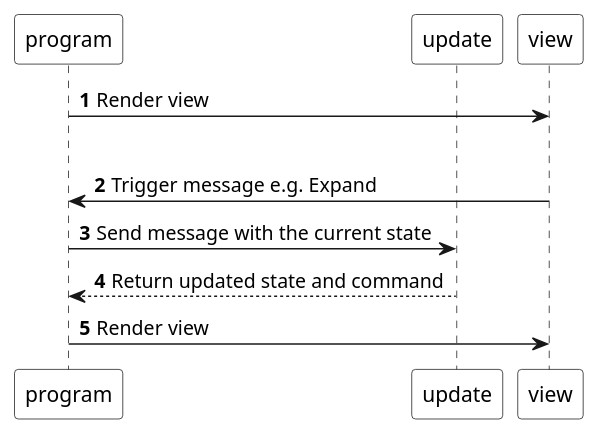
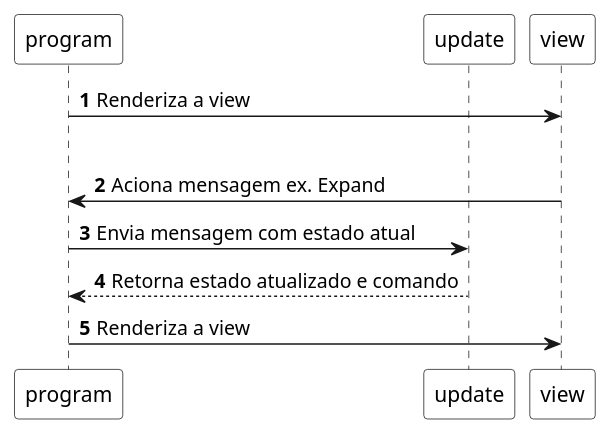
Before and after one commit to narley/elm-tutorial: the diagram in pt-br/02-elm-arch/04-flow.pu, drawn with PlantUML. The commit also changed 2 other files, not shown here.

Commit message:
feat(pt-br): translate 04-flow files

```diff
--- a/pt-br/02-elm-arch/04-flow.pu
+++ b/pt-br/02-elm-arch/04-flow.pu
@@ -1,13 +1,13 @@
 @startuml
 autonumber
 participant program #white
 participant update #white
 participant view #white
 
-program -> view : Render view
+program -> view : Renderiza a view
 |||
-view -> program : Trigger message e.g. Expand
-program -> update : Send message with the current state
-update --> program : Return updated state and command
-program -> view : Render view
+view -> program : Aciona mensagem ex. Expand
+program -> update : Envia mensagem com estado atual
+update --> program : Retorna estado atualizado e comando
+program -> view : Renderiza a view
 @enduml
```
